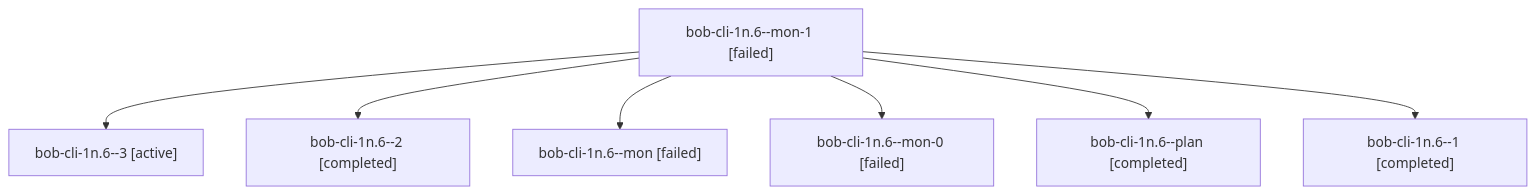
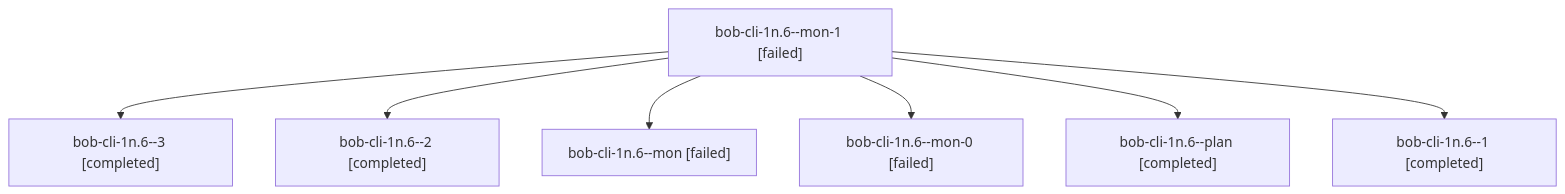
One commit to bobs-org/bob-cli--agents changed the diagram in families/bbugyi200.athena.bob-cli-1n.6.md. Above: the diagram before and after it, drawn with Mermaid. The commit also changed other lines of this file and 37 other files, not shown here.

````diff
--- a/families/bbugyi200.athena.bob-cli-1n.6.md
+++ b/families/bbugyi200.athena.bob-cli-1n.6.md
@@ -9,16 +9,16 @@
 ```mermaid
 flowchart TD
   n0["bob-cli-1n.6--mon-1 [failed]"]
-  n1["bob-cli-1n.6--3 [active]"]
+  n1["bob-cli-1n.6--3 [completed]"]
   n0 --> n1
   n2["bob-cli-1n.6--2 [completed]"]
   n0 --> n2
   n3["bob-cli-1n.6--mon [failed]"]
   n0 --> n3
   n4["bob-cli-1n.6--mon-0 [failed]"]
   n0 --> n4
   n5["bob-cli-1n.6--plan [completed]"]
   n0 --> n5
   n6["bob-cli-1n.6--1 [completed]"]
   n0 --> n6
 ```
````
